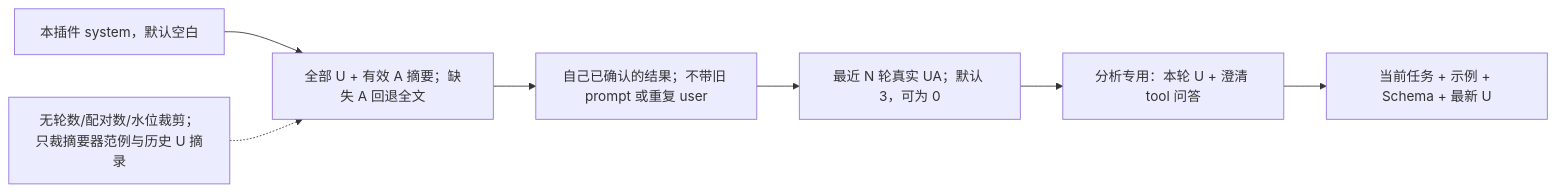
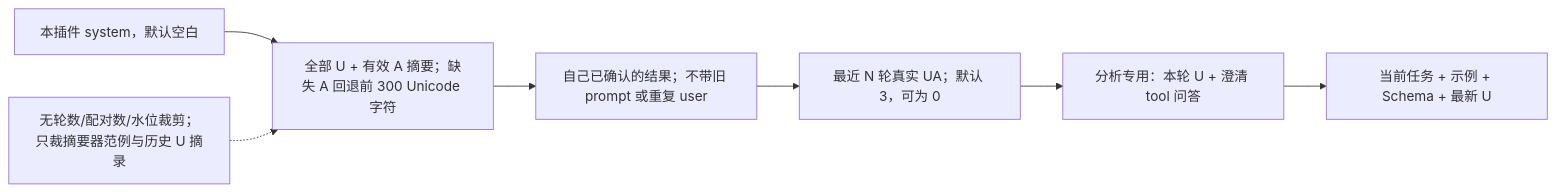
One commit to ccawmiku/workers-chat changed the second of 8 diagrams in docs/PLUGINS.md. Above: the diagram before and after it, drawn with Mermaid. The commit also changed other lines of this file and 32 other files, not shown here.

````diff
--- a/docs/PLUGINS.md
+++ b/docs/PLUGINS.md
@@ -54,9 +54,9 @@
 ```mermaid
 flowchart LR
-    S[本插件 system，默认空白] --> H[全部 U + 有效 A 摘要；缺失 A 回退全文]
+    S[本插件 system，默认空白] --> H[全部 U + 有效 A 摘要；缺失 A 回退前 300 Unicode 字符]
     H --> R[自己已确认的结果；不带旧 prompt 或重复 user]
     R --> Raw[最近 N 轮真实 UA；默认 3，可为 0]
     Raw --> Pair[分析专用：本轮 U + 澄清 tool 问答]
     Pair --> Task[当前任务 + 示例 + Schema + 最新 U]
     Water[无轮数/配对数/水位裁剪；只裁摘要器范例与历史 U 摘录] -.-> H
 ```
````
